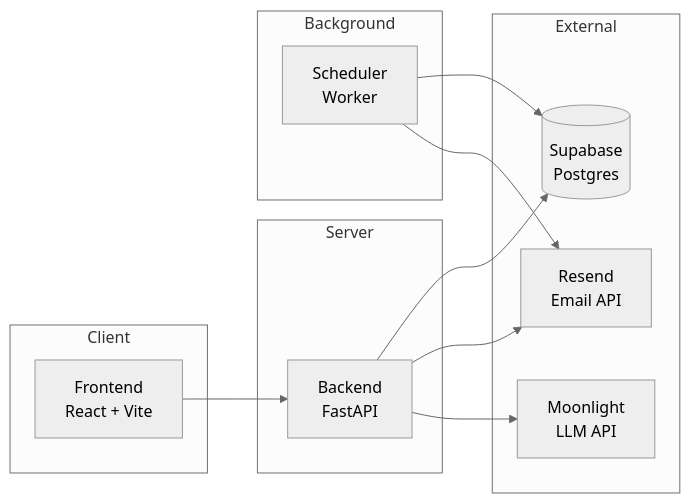
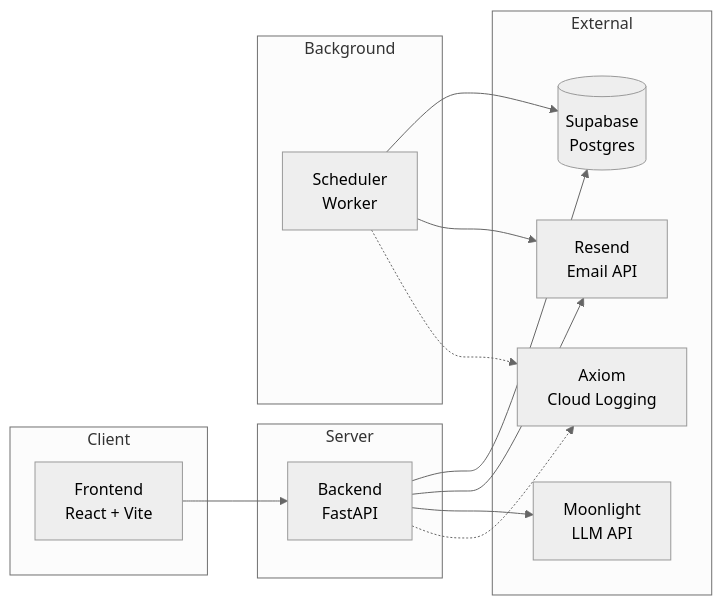
The diagram in README.md (Ravi2k3/ai-campaign-personalization), drawn with Mermaid (neutral theme) before and after one commit. The commit also changed 4 other files, not shown here.

````diff
--- a/README.md
+++ b/README.md
@@ -36,27 +36,30 @@
 ```mermaid
 flowchart LR
     subgraph Client
         FE[Frontend<br/>React + Vite]
     end
 
     subgraph Server
         BE[Backend<br/>FastAPI]
     end
 
     subgraph External
         DB[(Supabase<br/>Postgres)]
         EMAIL[Resend<br/>Email API]
         LLM[Moonlight<br/>LLM API]
+        LOG[Axiom<br/>Cloud Logging]
     end
 
     subgraph Background
         CRON[Scheduler<br/>Worker]
     end
 
     FE --> BE
     BE --> DB
     BE --> EMAIL
     BE --> LLM
+    BE -.-> LOG
     CRON --> DB
     CRON --> EMAIL
+    CRON -.-> LOG
 ```
````
